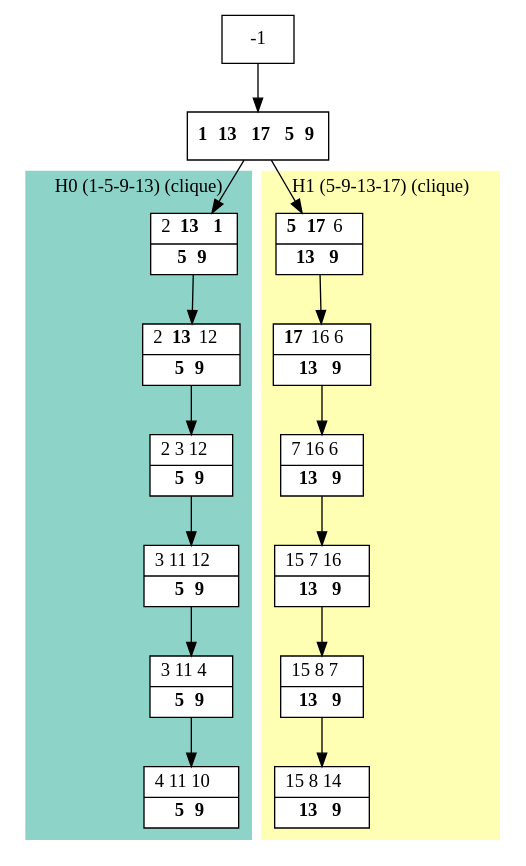
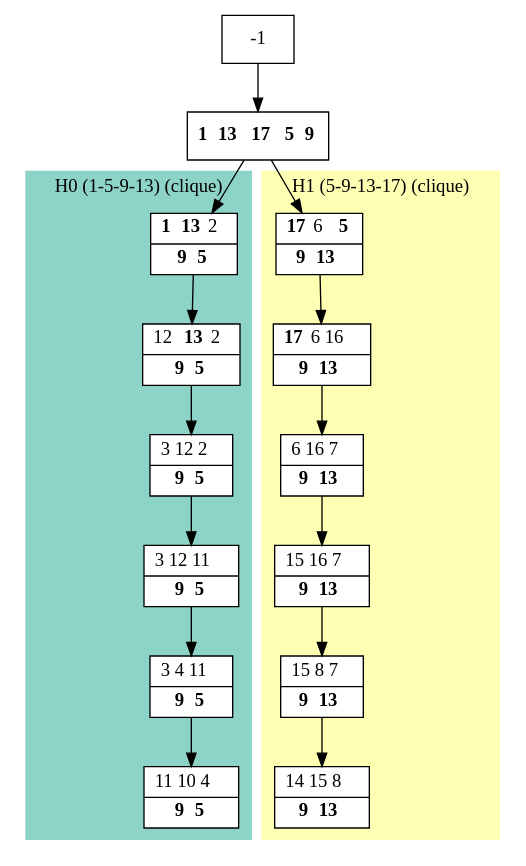
Before and after one commit to bmarchand/auto-dp: the diagram in results/dot_files/processed_H.dot, drawn with Graphviz. The commit also changed 348 other files, not shown here.

```diff
--- a/results/dot_files/processed_H.dot
+++ b/results/dot_files/processed_H.dot
@@ -1,35 +1,35 @@
 digraph G {
     node [shape=box];
     subgraph cluster0 {
         node [style=filled,fillcolor=white];
         labeljust="l";
         style=filled;
         color="#8DD3C7";
         H0_0 -> H0_1 -> H0_2 -> H0_3 -> H0_4 -> H0_5;
         label="H0 (1-5-9-13) (clique)";
     }
     subgraph cluster1 {
         node [style=filled,fillcolor=white];
         labeljust="l";
         style=filled;
         color="#FFFFB3";
         H1_0 -> H1_1 -> H1_2 -> H1_3 -> H1_4 -> H1_5;
         label="H1 (5-9-13-17) (clique)";
     }
      1 [shape=record,label= <{ <b>1</b> <b>13</b> <b>17</b> <b>5</b> <b>9</b>}> ];
      -1  ->  1;
-     H0_0 [shape=record,label= <{ 2 <b>13</b> <b>1</b>|  <b>5</b> <b>9</b>}> ];
+     H0_0 [shape=record,label= <{ <b>1</b> <b>13</b> 2|  <b>9</b> <b>5</b>}> ];
      1  ->  H0_0;
-     H0_1 [shape=record,label= <{ 2 <b>13</b> 12|  <b>5</b> <b>9</b>}> ];
-     H0_2 [shape=record,label= <{ 2 3 12|  <b>5</b> <b>9</b>}> ];
-     H0_3 [shape=record,label= <{ 3 11 12|  <b>5</b> <b>9</b>}> ];
-     H0_4 [shape=record,label= <{ 3 11 4|  <b>5</b> <b>9</b>}> ];
-     H0_5 [shape=record,label= <{ 4 11 10|  <b>5</b> <b>9</b>}> ];
-     H1_0 [shape=record,label= <{ <b>5</b> <b>17</b> 6|  <b>13</b> <b>9</b>}> ];
+     H0_1 [shape=record,label= <{ 12 <b>13</b> 2|  <b>9</b> <b>5</b>}> ];
+     H0_2 [shape=record,label= <{ 3 12 2|  <b>9</b> <b>5</b>}> ];
+     H0_3 [shape=record,label= <{ 3 12 11|  <b>9</b> <b>5</b>}> ];
+     H0_4 [shape=record,label= <{ 3 4 11|  <b>9</b> <b>5</b>}> ];
+     H0_5 [shape=record,label= <{ 11 10 4|  <b>9</b> <b>5</b>}> ];
+     H1_0 [shape=record,label= <{ <b>17</b> 6 <b>5</b>|  <b>9</b> <b>13</b>}> ];
      1  ->  H1_0;
-     H1_1 [shape=record,label= <{ <b>17</b> 16 6|  <b>13</b> <b>9</b>}> ];
-     H1_2 [shape=record,label= <{ 7 16 6|  <b>13</b> <b>9</b>}> ];
-     H1_3 [shape=record,label= <{ 15 7 16|  <b>13</b> <b>9</b>}> ];
-     H1_4 [shape=record,label= <{ 15 8 7|  <b>13</b> <b>9</b>}> ];
-     H1_5 [shape=record,label= <{ 15 8 14|  <b>13</b> <b>9</b>}> ];
+     H1_1 [shape=record,label= <{ <b>17</b> 6 16|  <b>9</b> <b>13</b>}> ];
+     H1_2 [shape=record,label= <{ 6 16 7|  <b>9</b> <b>13</b>}> ];
+     H1_3 [shape=record,label= <{ 15 16 7|  <b>9</b> <b>13</b>}> ];
+     H1_4 [shape=record,label= <{ 15 8 7|  <b>9</b> <b>13</b>}> ];
+     H1_5 [shape=record,label= <{ 14 15 8|  <b>9</b> <b>13</b>}> ];
 }
```
